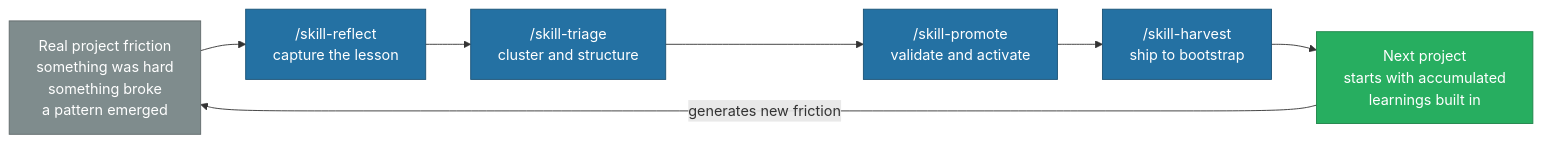
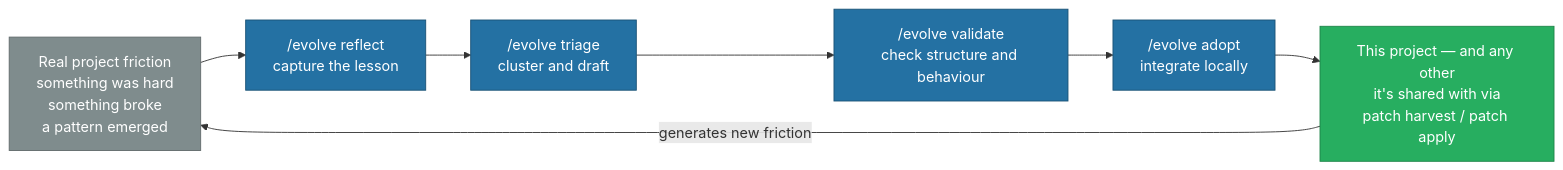
Before and after one commit to DataArt/artisyn-implementation-harness: the sixth of 7 diagrams in docs/The Story/03 Challenges.md, drawn with Mermaid. The commit also changed other lines of this file and 143 other files, not shown here.

````diff
--- a/docs/The Story/03 Challenges.md
+++ b/docs/The Story/03 Challenges.md
@@ -206,22 +206,22 @@
 ```mermaid
 flowchart LR
     FRICTION["Real project friction<br/>something was hard<br/>something broke<br/>a pattern emerged"]
 
-    R["/skill-reflect<br/>capture the lesson"]
-    T["/skill-triage<br/>cluster and structure"]
-    P["/skill-promote<br/>validate and activate"]
-    H["/skill-harvest<br/>ship to bootstrap"]
+    R["/evolve reflect<br/>capture the lesson"]
+    T["/evolve triage<br/>cluster and draft"]
+    V["/evolve validate<br/>check structure and behaviour"]
+    A["/evolve adopt<br/>integrate locally"]
 
-    NEXT["Next project<br/>starts with accumulated<br/>learnings built in"]
+    NEXT["This project — and any other<br/>it's shared with via<br/>patch harvest / patch apply"]
 
-    FRICTION --> R --> T --> P --> H --> NEXT
+    FRICTION --> R --> T --> V --> A --> NEXT
     NEXT -->|"generates new friction"| FRICTION
 
     classDef skill fill:#2471A3,stroke:#1A5276,color:#fff
     classDef outcome fill:#27AE60,stroke:#1E8449,color:#fff
     classDef input fill:#7F8C8D,stroke:#616A6B,color:#fff
 
-    class R,T,P,H skill
+    class R,T,V,A skill
     class NEXT outcome
     class FRICTION input
 ```
````
